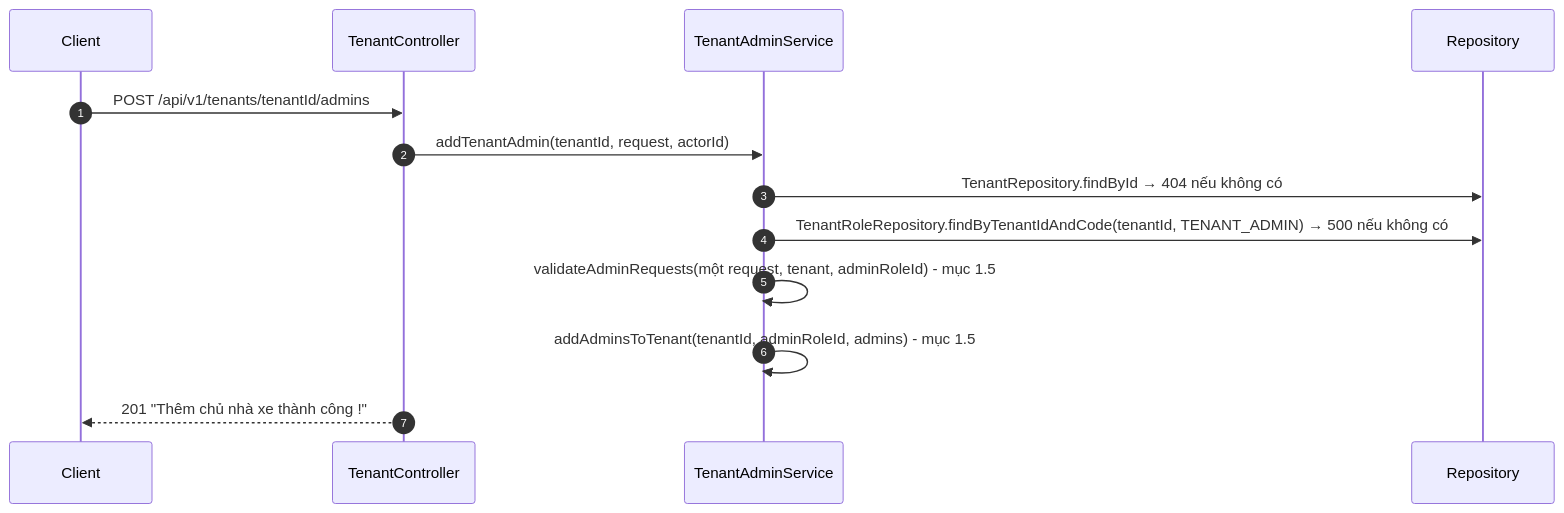
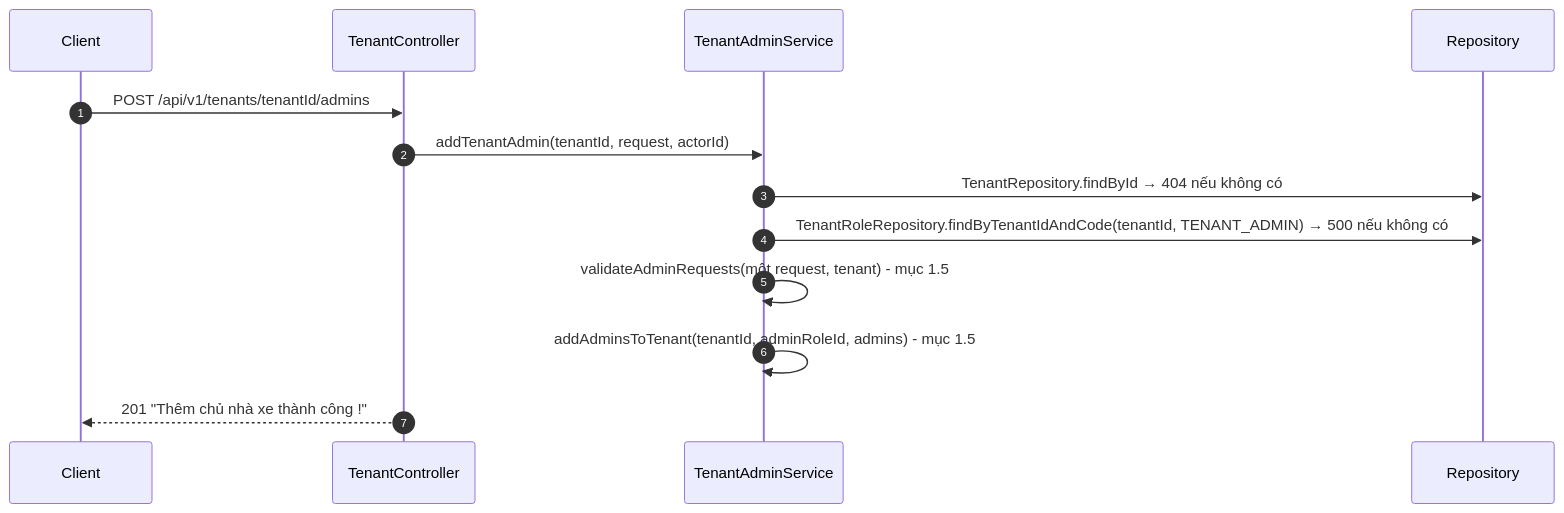
The tenth of 11 diagrams in docs/plans/tenant/2026-10-19-tenant-api-spec.md (foodboi88/car-rental-saas), drawn with Mermaid before and after one commit. The commit also changed other lines of this file and 28 other files, not shown here.

````diff
--- a/docs/plans/tenant/2026-10-19-tenant-api-spec.md
+++ b/docs/plans/tenant/2026-10-19-tenant-api-spec.md
@@ -583,15 +589,15 @@
 ```mermaid
 sequenceDiagram
   autonumber
   participant C as Client
   participant K as TenantController
   participant A as TenantAdminService
   participant R as Repository
   C->>K: POST /api/v1/tenants/tenantId/admins
   K->>A: addTenantAdmin(tenantId, request, actorId)
   A->>R: TenantRepository.findById → 404 nếu không có
   A->>R: TenantRoleRepository.findByTenantIdAndCode(tenantId, TENANT_ADMIN) → 500 nếu không có
-  A->>A: validateAdminRequests(một request, tenant, adminRoleId) - mục 1.5
+  A->>A: validateAdminRequests(một request, tenant) - mục 1.5
   A->>A: addAdminsToTenant(tenantId, adminRoleId, admins) - mục 1.5
   K-->>C: 201 "Thêm chủ nhà xe thành công !"
 ```
````
